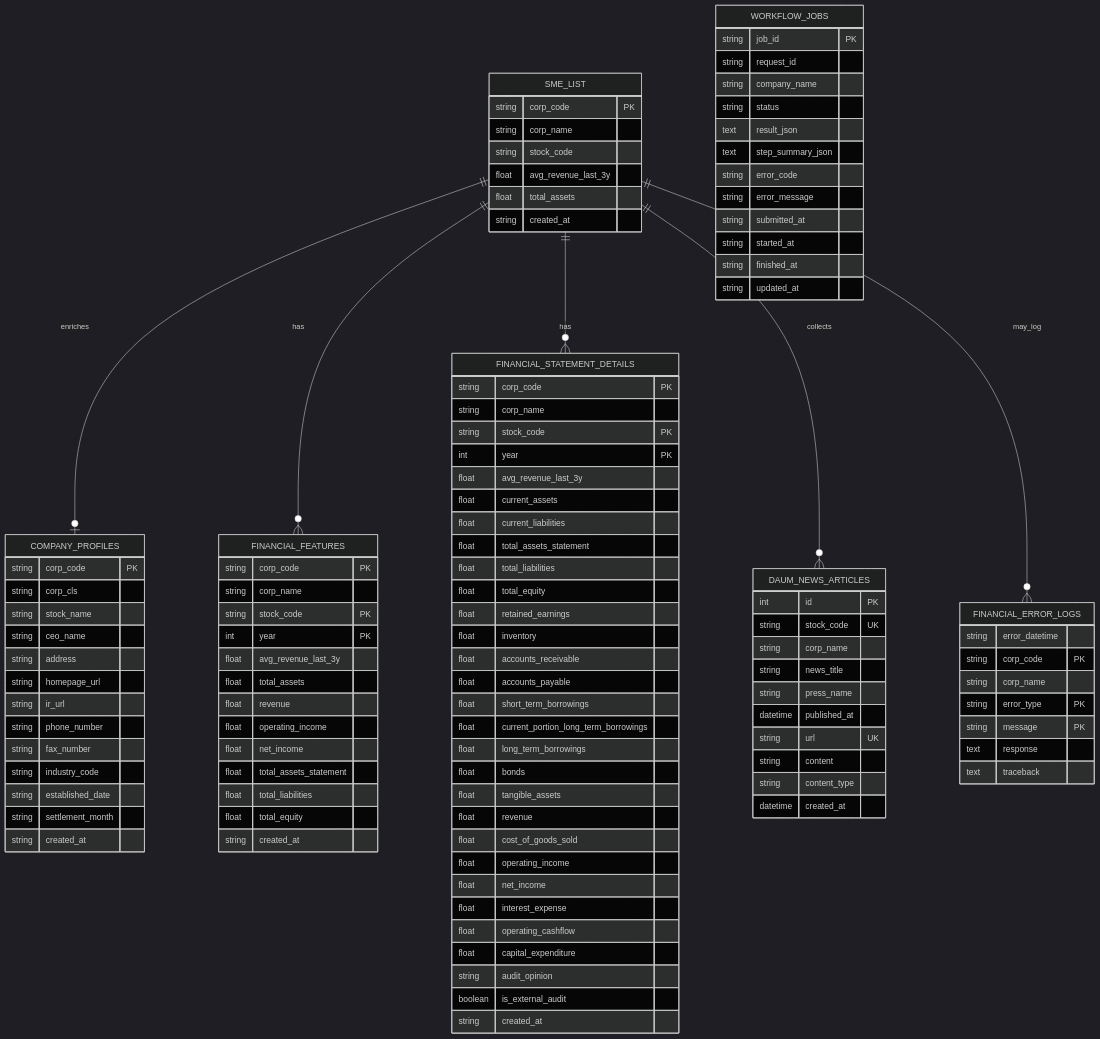
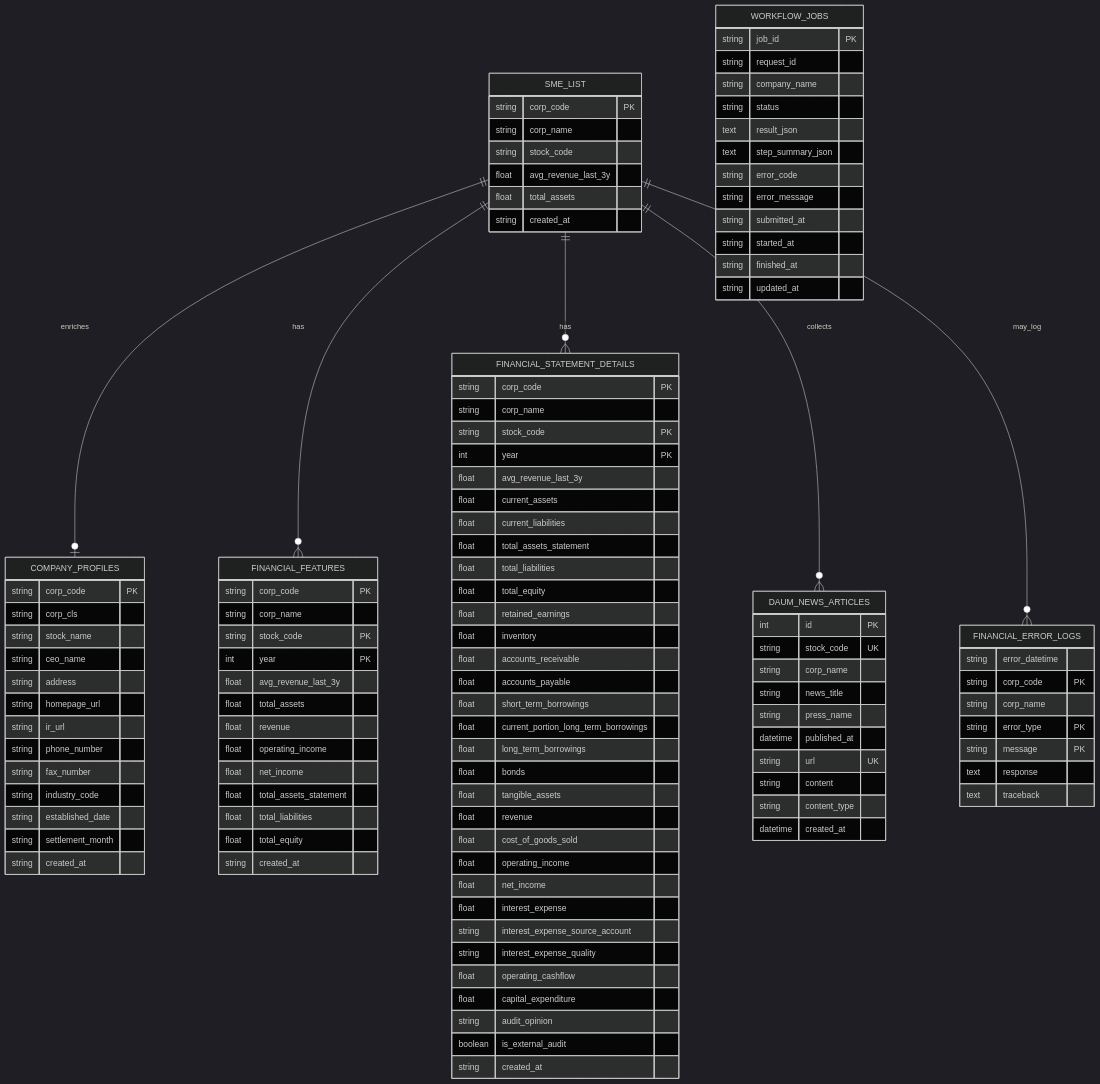
One commit to hypoxisaurea/FinAgent-SME changed the first of 2 diagrams in docs/design/erd.md. Above: the diagram before and after it, drawn with Mermaid (dark theme).

Commit message:
feat: Add two columns about interest expense to erd schema

```diff
--- a/docs/design/erd.md
+++ b/docs/design/erd.md
@@ -85,6 +85,8 @@
         float operating_income
         float net_income
         float interest_expense
+        string interest_expense_source_account
+        string interest_expense_quality
         float operating_cashflow
         float capital_expenditure
         string audit_opinion
```
